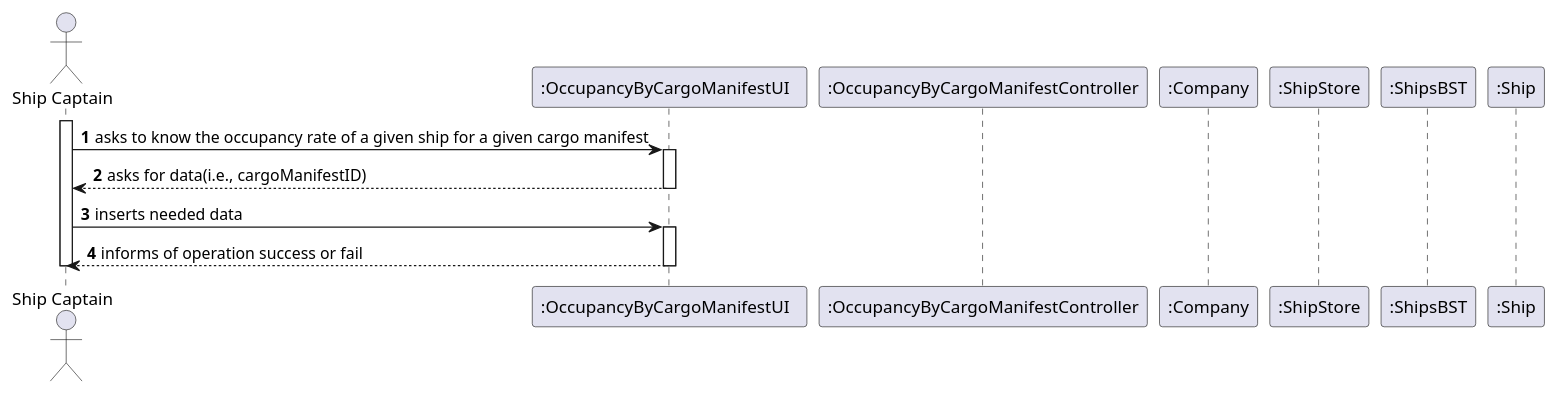
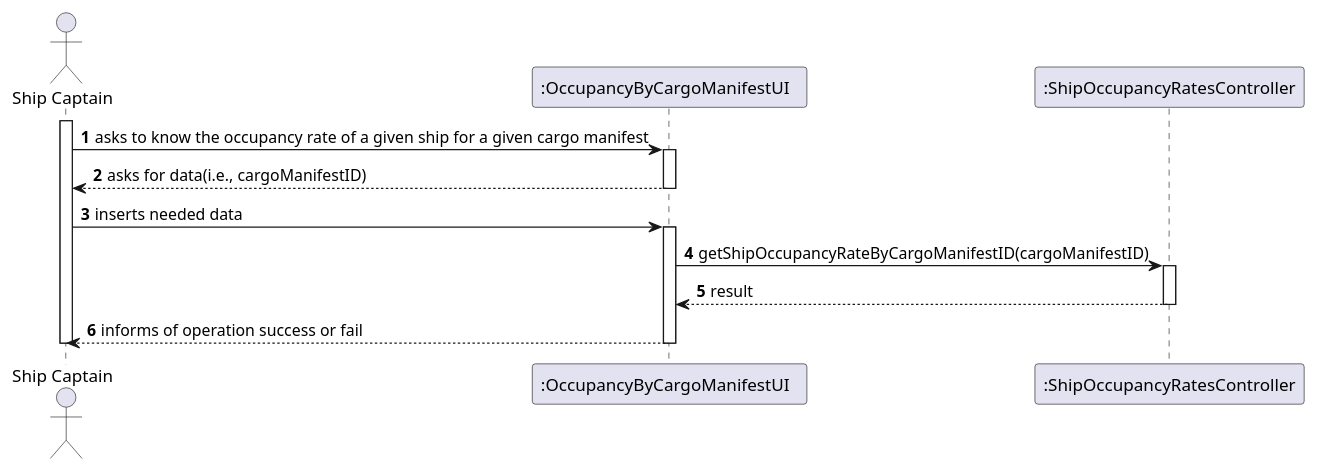
Before and after one commit to ana-albergaria/LAPR3-ISEP: the diagram in docs/US208/US_208_SD.puml, drawn with PlantUML. The commit also changed 7 other files, not shown here.

```diff
--- a/docs/US208/US_208_SD.puml
+++ b/docs/US208/US_208_SD.puml
@@ -1,23 +1,28 @@
 @startuml
 autonumber
 'hide footbox
 actor "Ship Captain" as SC
 participant ":OccupancyByCargoManifestUI  " as UI
-participant ":OccupancyByCargoManifestController" as CTRL
-participant ":Company" as CMP
-participant ":ShipStore" as STORE
-participant ":ShipsBST" as SBST
-participant ":Ship" as SHIP
+participant ":ShipOccupancyRatesController" as CTRL
+'participant ":Company" as CMP
+'participant ":ShipStore" as STORE
+'participant ":ShipsBST" as SBST
+'participant ":Ship" as SHIP
 
 activate SC
 SC -> UI : asks to know the occupancy rate of a given ship for a given cargo manifest
 activate UI
 UI --> SC : asks for data(i.e., cargoManifestID)
 deactivate UI
 SC -> UI : inserts needed data
 activate UI
+UI -> CTRL : getShipOccupancyRateByCargoManifestID(cargoManifestID)
+activate CTRL
+
+CTRL --> UI : result
+deactivate CTRL
 UI --> SC : informs of operation success or fail
 deactivate UI
 deactivate SC
 
 @enduml
```
